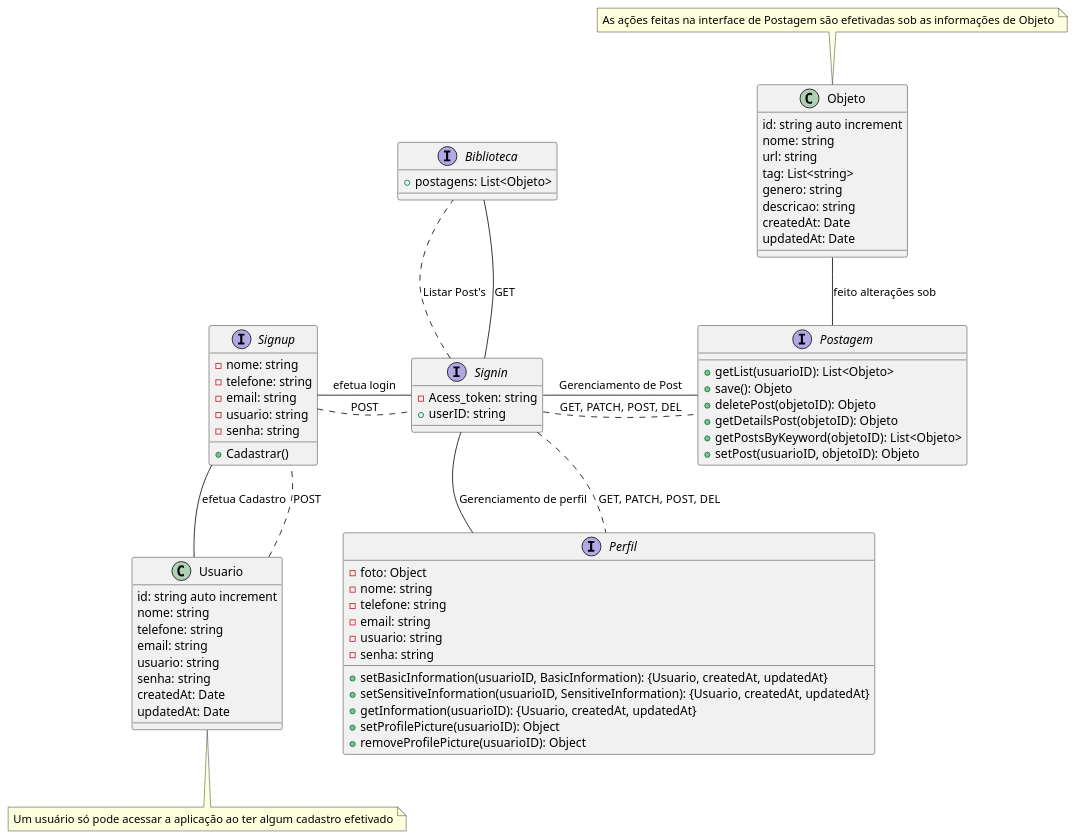
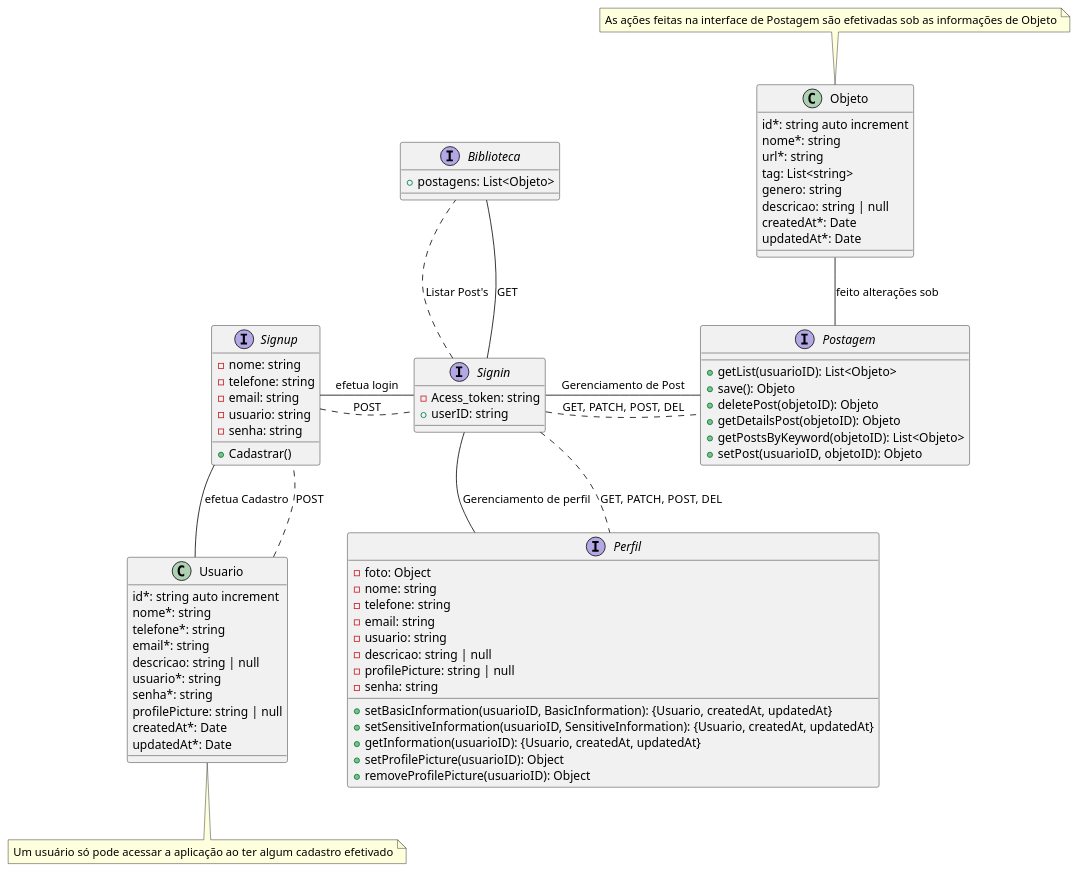
Before and after one commit to FranCosMonX/Spoof: the diagram in src/diagrams/interacaoComponentsBackend.plantuml, drawn with PlantUML. The commit also changed other lines of this file and 4 other files, not shown here.

```diff
--- a/src/diagrams/interacaoComponentsBackend.plantuml
+++ b/src/diagrams/interacaoComponentsBackend.plantuml
@@ -2,82 +1,88 @@
 @startuml
 note "Um usuário só pode acessar a aplicação ao ter algum cadastro efetivado" as detalheUsuario
 note "As ações feitas na interface de Postagem são efetivadas sob as informações de Objeto" as detalhePOST
 
+
 class Usuario{
-    id: string auto increment
-    nome: string
-    telefone: string
-    email: string
-    usuario: string
-    senha: string
-    createdAt: Date
-    updatedAt: Date
+    id*: string auto increment
+    nome*: string
+    telefone*: string
+    email*: string
+    descricao: string | null
+    usuario*: string
+    senha*: string
+    profilePicture: string | null
+    createdAt*: Date
+    updatedAt*: Date
 }
 
 class Objeto{
-    id: string auto increment
-    nome: string
-    url: string
+    id*: string auto increment
+    nome*: string
+    url*: string
     tag: List<string>
     genero: string
-    descricao: string
-    createdAt: Date
-    updatedAt: Date
+    descricao: string | null
+    createdAt*: Date
+    updatedAt*: Date
 }
+
 
 interface Signin{
     -Acess_token: string
     +userID: string
 }
 
 interface Signup{
     -nome: string
     -telefone: string
     -email: string
     -usuario: string
     -senha: string
     +Cadastrar()
 }
 
 interface Perfil{
     -foto: Object
     -nome: string
     -telefone: string
     -email: string
     -usuario: string
+    -descricao: string | null
+    -profilePicture: string | null
     -senha: string
     +setBasicInformation(usuarioID, BasicInformation): {Usuario, createdAt, updatedAt}
     +setSensitiveInformation(usuarioID, SensitiveInformation): {Usuario, createdAt, updatedAt}
     +getInformation(usuarioID): {Usuario, createdAt, updatedAt}
     +setProfilePicture(usuarioID): Object
     +removeProfilePicture(usuarioID): Object
 }
 
 interface Biblioteca{
     +postagens: List<Objeto>
 }
 
 interface Postagem{
     +getList(usuarioID): List<Objeto>
     +save(): Objeto
     +deletePost(objetoID): Objeto
     +getDetailsPost(objetoID): Objeto
     +getPostsByKeyword(objetoID): List<Objeto>
     +setPost(usuarioID, objetoID): Objeto
 }
 
 detalheUsuario .up- Usuario
 detalhePOST .down- Objeto
 Usuario -up- Signup : efetua Cadastro
 Usuario .- Signup : POST
 Signup -right- Signin : efetua login
 Signup .- Signin : POST
 Signin -down- Perfil : Gerenciamento de perfil
 Signin .- Perfil : GET, PATCH, POST, DEL
 Signin -up- Biblioteca : GET
 Signin .- Biblioteca : Listar Post's
 Signin -right- Postagem : Gerenciamento de Post
 Signin .- Postagem : GET, PATCH, POST, DEL
 Objeto -- Postagem : feito alterações sob
 
 @enduml
```
